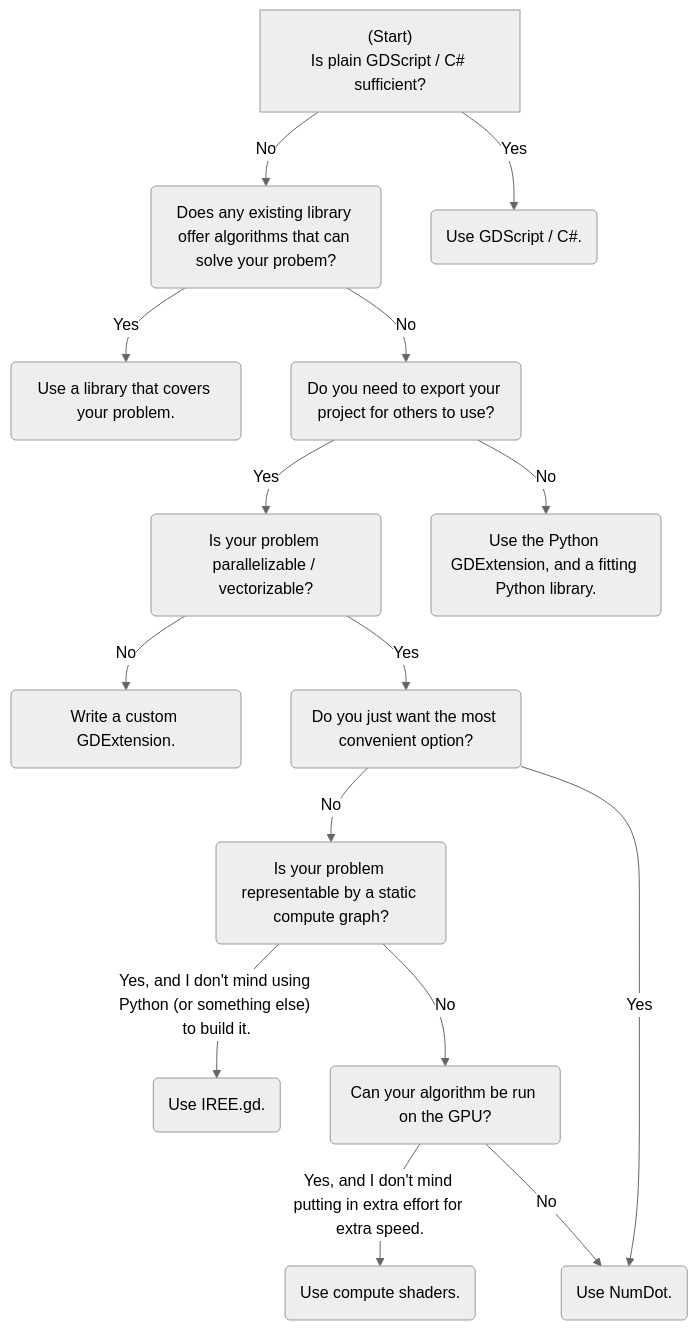
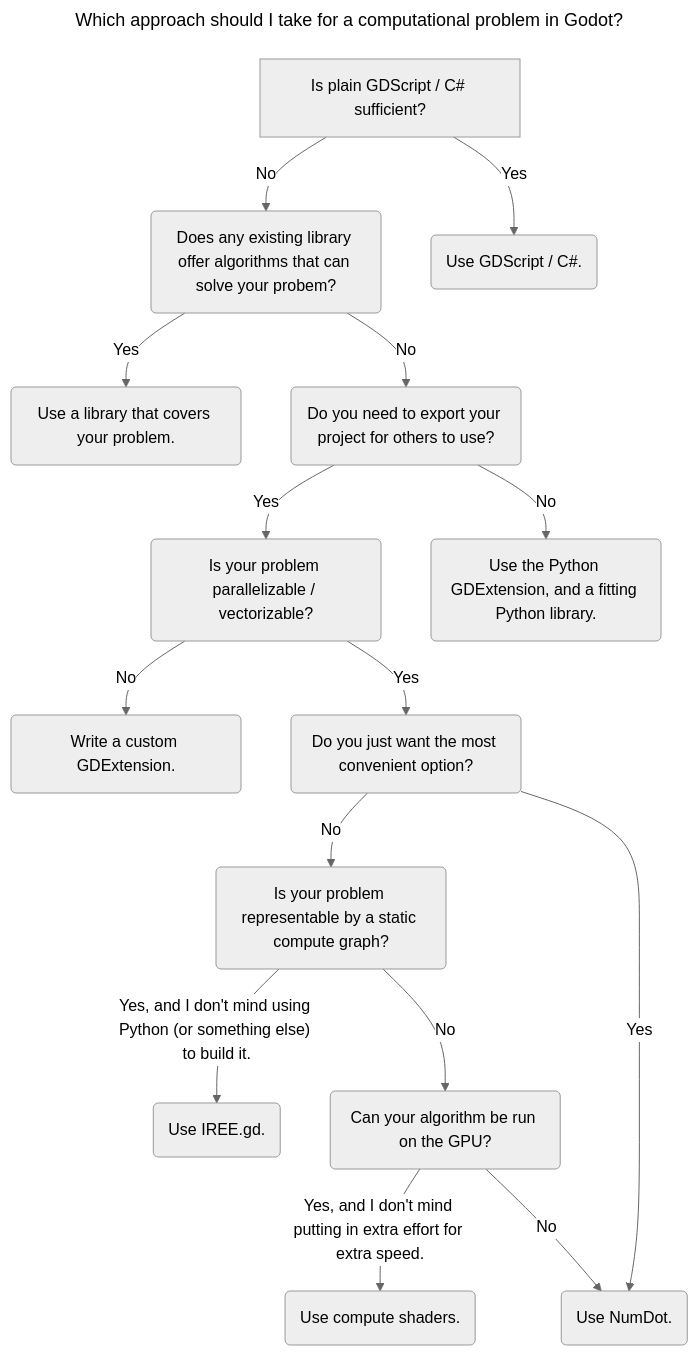
The diagram in README.md (Ivorforce/Awesome-Godot-Scientific), drawn with Mermaid (neutral theme) before and after one commit.

````diff
--- a/README.md
+++ b/README.md
@@ -22,17 +22,21 @@
 ```mermaid
+---
+title: Which approach should I take for a computational problem in Godot?
+---
+
 flowchart TD
-    Start["(Start)<br>Is plain GDScript / C# sufficient?"] -->|No| ExistingLibrary(Does any existing library offer algorithms that can solve your probem?)
+    Start[Is plain GDScript / C# sufficient?] -->|No| ExistingLibrary(Does any existing library offer algorithms that can solve your probem?)
     Start -->|Yes| GDScript(Use GDScript / C#.)
     ExistingLibrary -->|Yes| UseExistingLibrary(Use a library that covers your problem.)
     ExistingLibrary -->|No| Export(Do you need to export your project for others to use?)
     Export -->|Yes| Vectorizable(Is your problem parallelizable / vectorizable?)
     Export -->|No| Python(Use the Python GDExtension, and a fitting Python library.)
     Vectorizable -->|No| GDExtension(Write a custom GDExtension.)
     Vectorizable -->|Yes| Convenient(Do you just want the most convenient option?)
     Convenient -->|No| Static(Is your problem representable by a static compute graph?)
     Convenient -->|Yes| NumDot(Use NumDot.)
     Static -->|"Yes, and I don't mind using Python (or something else) to build it."| IREE(Use IREE.gd.)
     Static -->|No| GPU("Can your algorithm be run on the GPU?")
     GPU -->|Yes, and I don't mind putting in extra effort for extra speed.| ComputeShader(Use compute shaders.)
     GPU -->|No| NumDot(Use NumDot.)
 ```
````
